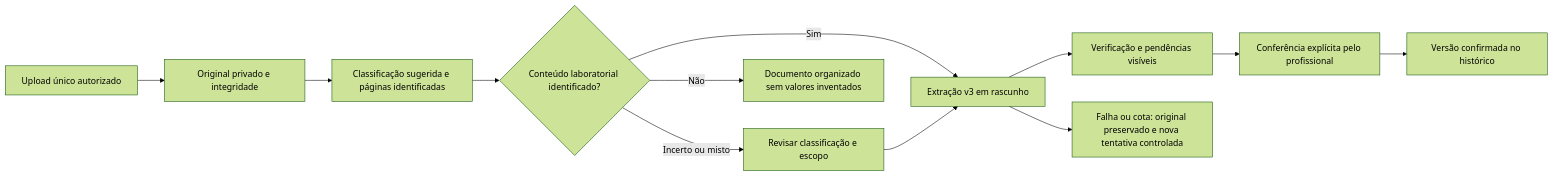
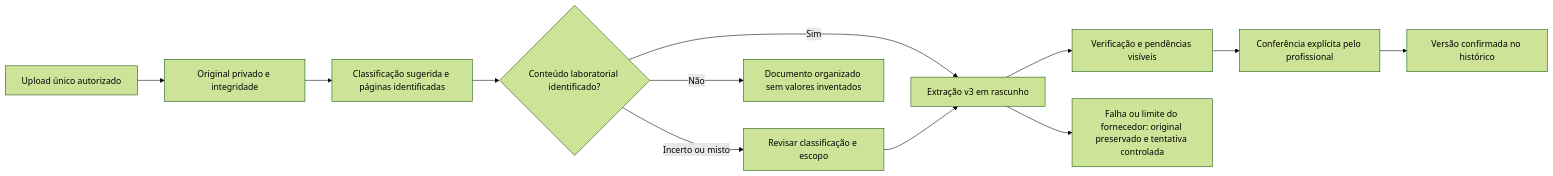
Before and after one commit to atpmktagencia/allik-one: the diagram in docs/patient-ai-first-next-phase-proposal.md, drawn with Mermaid (forest theme). The commit also changed other lines of this file and 9 other files, not shown here.

````diff
--- a/docs/patient-ai-first-next-phase-proposal.md
+++ b/docs/patient-ai-first-next-phase-proposal.md
@@ -39,14 +39,14 @@
 ```mermaid
 flowchart LR
   A[Upload único autorizado] --> B[Original privado e integridade]
   B --> C[Classificação sugerida e páginas identificadas]
   C --> D{Conteúdo laboratorial identificado?}
   D -->|Sim| E[Extração v3 em rascunho]
   D -->|Incerto ou misto| F[Revisar classificação e escopo]
   D -->|Não| G[Documento organizado sem valores inventados]
   F --> E
   E --> H[Verificação e pendências visíveis]
   H --> I[Conferência explícita pelo profissional]
   I --> J[Versão confirmada no histórico]
-  E --> K[Falha ou cota: original preservado e nova tentativa controlada]
+  E --> K[Falha ou limite do fornecedor: original preservado e tentativa controlada]
 ```
````
